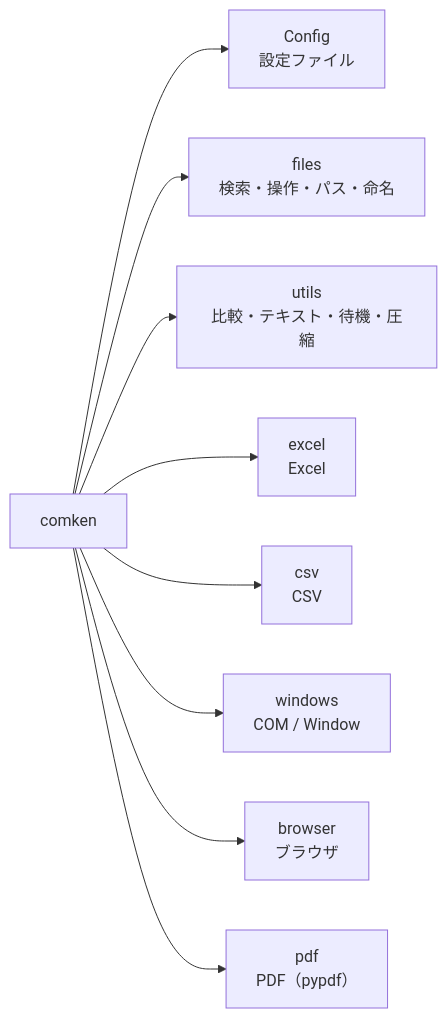
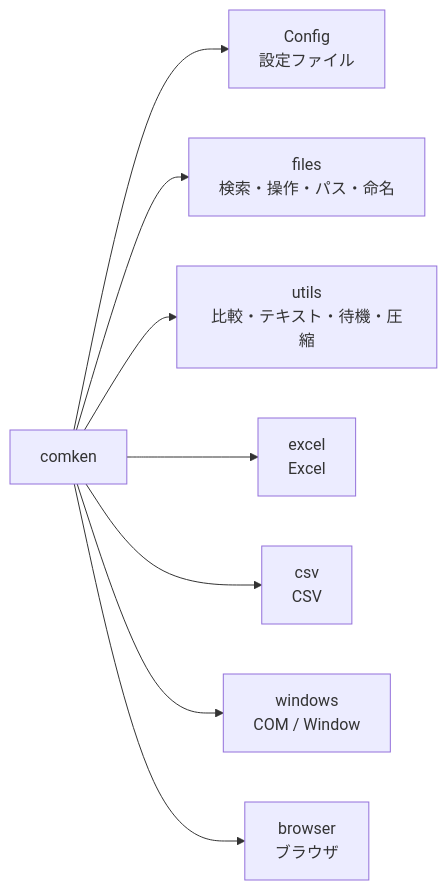
One commit to tenniscorecom/comken changed the first of 4 diagrams in README.md. Above: the diagram before and after it, drawn with Mermaid. The commit also changed other lines of this file and 11 other files, not shown here.

Commit message:
pdf モジュールを撤去（pypdf 依存も削除）

````diff
--- a/README.md
+++ b/README.md
@@ -1033,11 +1015,10 @@
 ```mermaid
 graph LR
     comken --> config["Config\n設定ファイル"]
     comken --> files["files\n検索・操作・パス・命名"]
     comken --> utils["utils\n比較・テキスト・待機・圧縮"]
     comken --> excel["excel\nExcel"]
     comken --> csv["csv\nCSV"]
     comken --> windows["windows\nCOM / Window"]
     comken --> browser["browser\nブラウザ"]
-    comken --> pdf["pdf\nPDF（pypdf）"]
 ```
````
